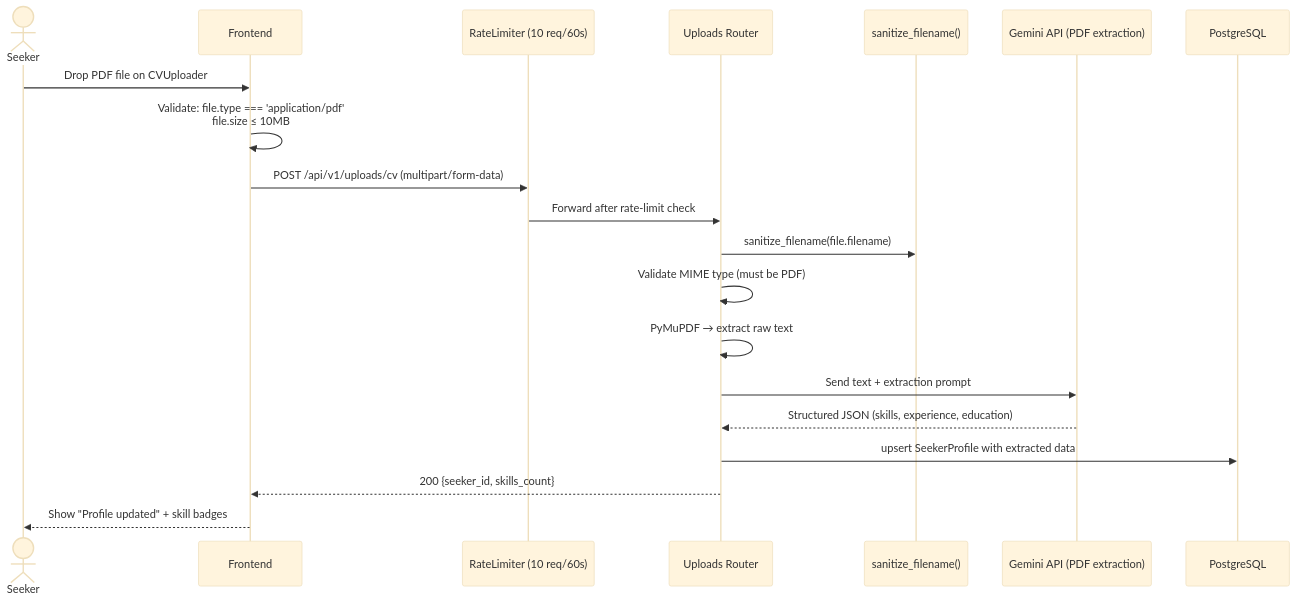
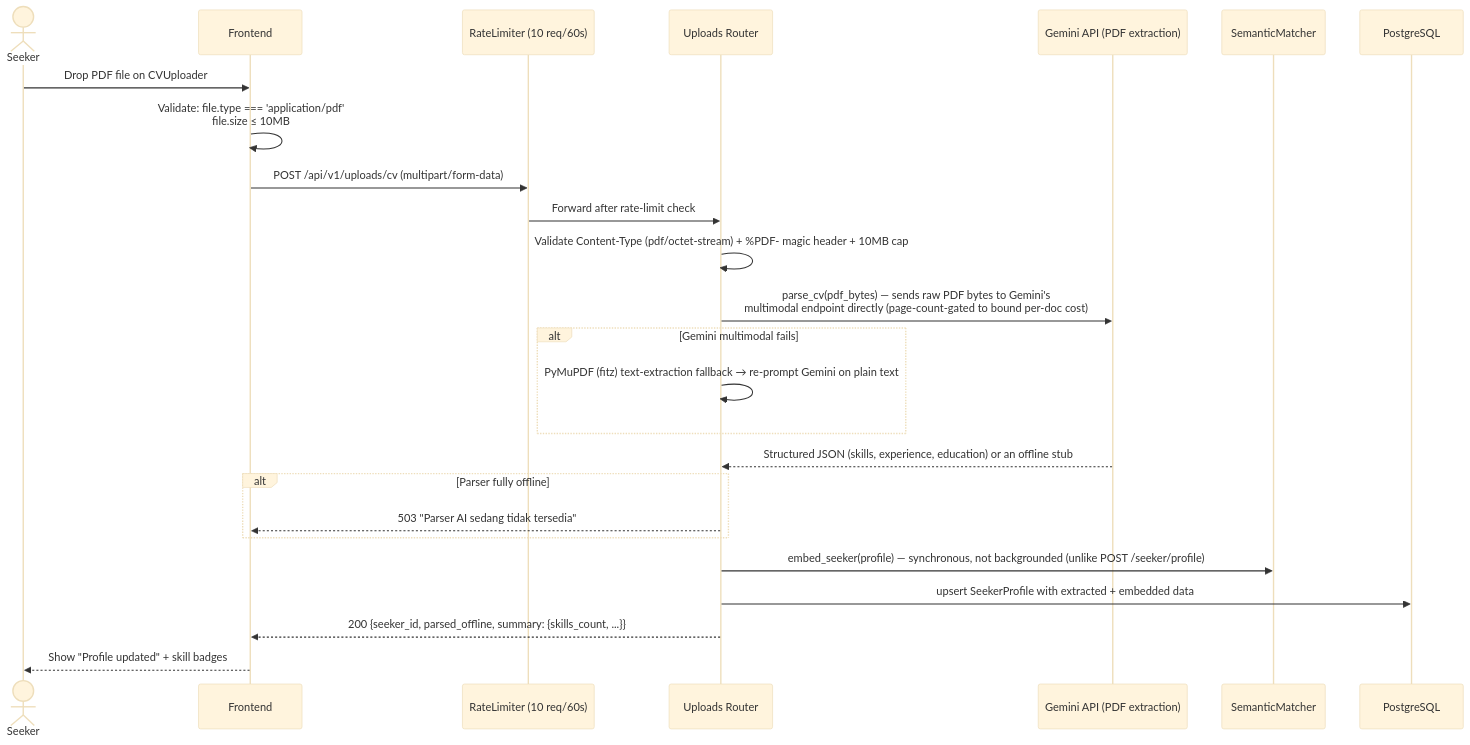
The fifth of 7 diagrams in docs/SEQUENCE_DIAGRAMS.md (LouSens/KerjaCerdas), drawn with Mermaid (base theme) before and after one commit. The commit also changed other lines of this file and 25 other files, not shown here.

````diff
--- a/docs/SEQUENCE_DIAGRAMS.md
+++ b/docs/SEQUENCE_DIAGRAMS.md
@@ -195,23 +206,28 @@
 ```mermaid
 sequenceDiagram
     actor S as Seeker
     participant F as Frontend
     participant RL as RateLimiter (10 req/60s)
     participant UP as Uploads Router
-    participant SZ as sanitize_filename()
     participant GM as Gemini API (PDF extraction)
+    participant SM as SemanticMatcher
     participant DB as PostgreSQL
 
     S->>F: Drop PDF file on CVUploader
     F->>F: Validate: file.type === 'application/pdf'<br/>file.size ≤ 10MB
     F->>RL: POST /api/v1/uploads/cv (multipart/form-data)
     RL->>UP: Forward after rate-limit check
-    UP->>SZ: sanitize_filename(file.filename)
-    UP->>UP: Validate MIME type (must be PDF)
-    UP->>UP: PyMuPDF → extract raw text
-    UP->>GM: Send text + extraction prompt
-    GM-->>UP: Structured JSON (skills, experience, education)
-    UP->>DB: upsert SeekerProfile with extracted data
-    UP-->>F: 200 {seeker_id, skills_count}
+    UP->>UP: Validate Content-Type (pdf/octet-stream) + %PDF- magic header + 10MB cap
+    UP->>GM: parse_cv(pdf_bytes) — sends raw PDF bytes to Gemini's<br/>multimodal endpoint directly (page-count-gated to bound per-doc cost)
+    alt Gemini multimodal fails
+        UP->>UP: PyMuPDF (fitz) text-extraction fallback → re-prompt Gemini on plain text
+    end
+    GM-->>UP: Structured JSON (skills, experience, education) or an offline stub
+    alt Parser fully offline
+        UP-->>F: 503 "Parser AI sedang tidak tersedia"
+    end
+    UP->>SM: embed_seeker(profile) — synchronous, not backgrounded (unlike POST /seeker/profile)
+    UP->>DB: upsert SeekerProfile with extracted + embedded data
+    UP-->>F: 200 {seeker_id, parsed_offline, summary: {skills_count, ...}}
     F-->>S: Show "Profile updated" + skill badges
 ```
````
